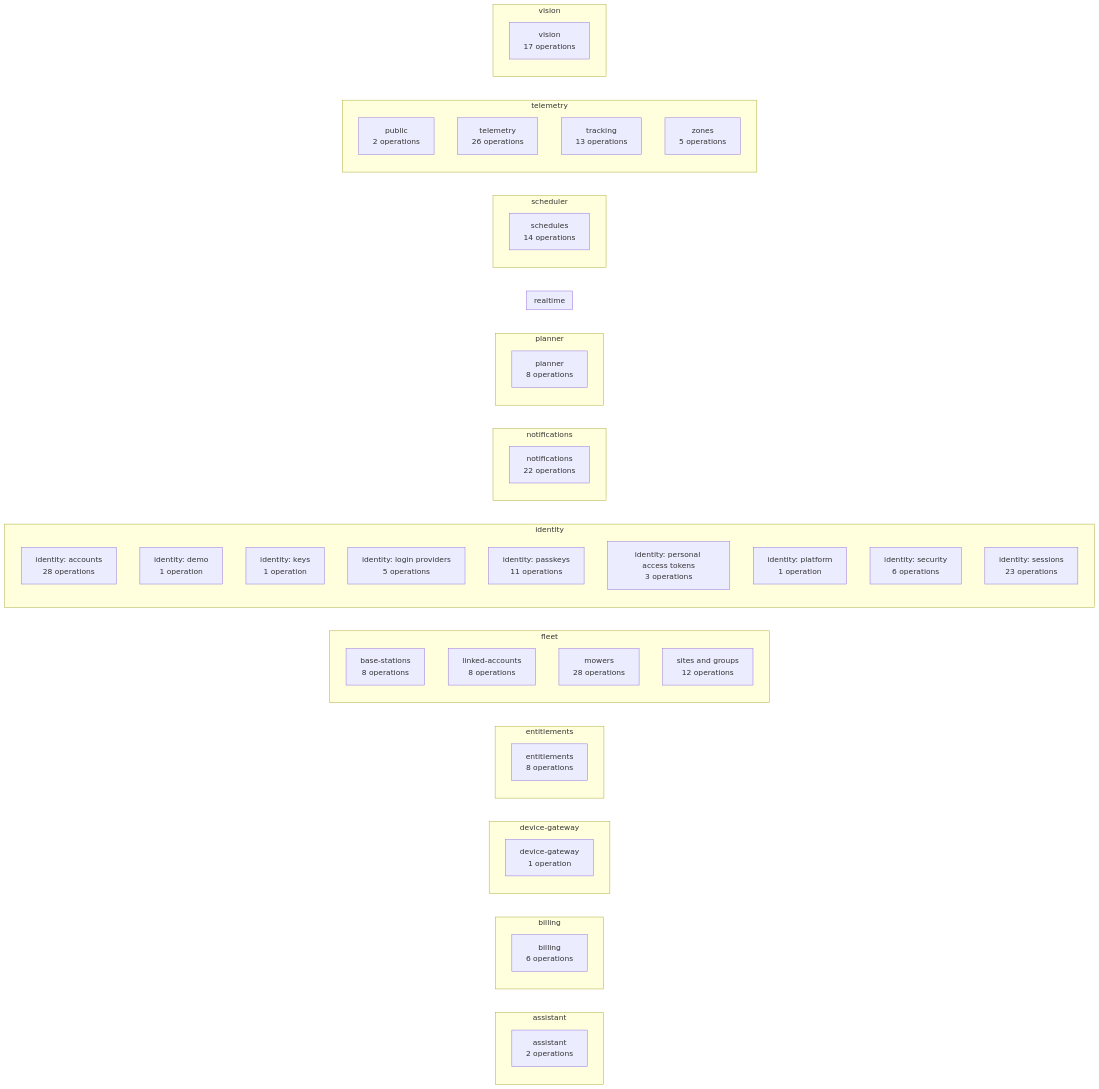
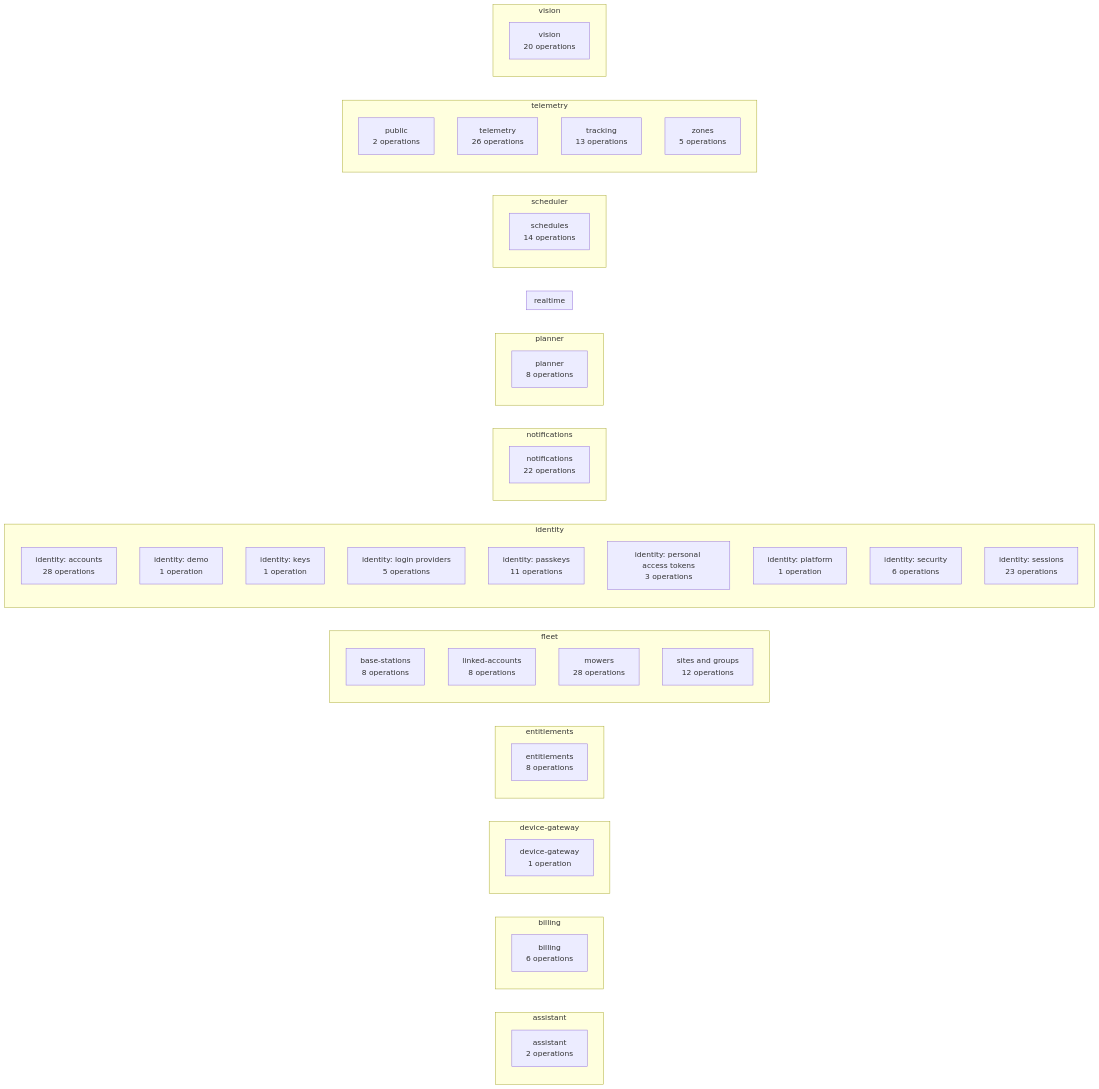
Before and after one commit to lukislp/mowdeck: diagram 14 of 15 in docs/architecture/generated.md, drawn with Mermaid. The commit also changed other lines of this file and 69 other files, not shown here.

````diff
--- a/docs/architecture/generated.md
+++ b/docs/architecture/generated.md
@@ -449,64 +449,64 @@
 ```mermaid
 flowchart LR
   subgraph assistant["assistant"]
     direction TB
     assistant_assistant["assistant<br/>2 operations"]
   end
   subgraph billing["billing"]
     direction TB
     billing_billing["billing<br/>6 operations"]
   end
   subgraph device_gateway["device-gateway"]
     direction TB
     device_gateway_device_gateway["device-gateway<br/>1 operation"]
   end
   subgraph entitlements["entitlements"]
     direction TB
     entitlements_entitlements["entitlements<br/>8 operations"]
   end
   subgraph fleet["fleet"]
     direction TB
     fleet_base_stations["base-stations<br/>8 operations"]
     fleet_linked_accounts["linked-accounts<br/>8 operations"]
     fleet_mowers["mowers<br/>28 operations"]
     fleet_sites_and_groups["sites and groups<br/>12 operations"]
   end
   subgraph identity["identity"]
     direction TB
     identity_identity__accounts["identity: accounts<br/>28 operations"]
     identity_identity__demo["identity: demo<br/>1 operation"]
     identity_identity__keys["identity: keys<br/>1 operation"]
     identity_identity__login_providers["identity: login providers<br/>5 operations"]
     identity_identity__passkeys["identity: passkeys<br/>11 operations"]
     identity_identity__personal_access_tokens["identity: personal access tokens<br/>3 operations"]
     identity_identity__platform["identity: platform<br/>1 operation"]
     identity_identity__security["identity: security<br/>6 operations"]
     identity_identity__sessions["identity: sessions<br/>23 operations"]
   end
   subgraph notifications["notifications"]
     direction TB
     notifications_notifications["notifications<br/>22 operations"]
   end
   subgraph planner["planner"]
     direction TB
     planner_planner["planner<br/>8 operations"]
   end
   subgraph realtime["realtime"]
     direction TB
   end
   subgraph scheduler["scheduler"]
     direction TB
     scheduler_schedules["schedules<br/>14 operations"]
   end
   subgraph telemetry["telemetry"]
     direction TB
     telemetry_public["public<br/>2 operations"]
     telemetry_telemetry["telemetry<br/>26 operations"]
     telemetry_tracking["tracking<br/>13 operations"]
     telemetry_zones["zones<br/>5 operations"]
   end
   subgraph vision["vision"]
     direction TB
-    vision_vision["vision<br/>17 operations"]
+    vision_vision["vision<br/>20 operations"]
   end
 ```
````
